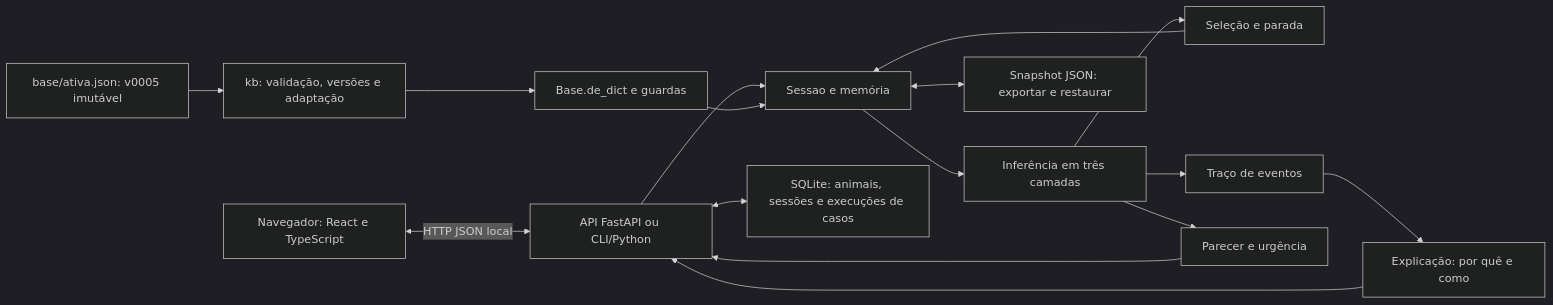
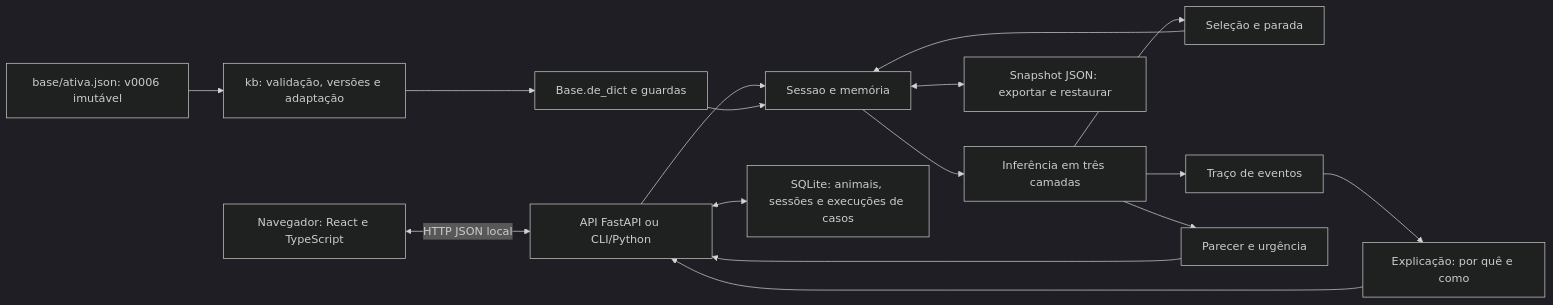
Before and after one commit to Caio-Augusto-Paiva/HackAthon: the diagram in docs/entrega/02-arquitetura.md, drawn with Mermaid (dark theme). The commit also changed other lines of this file and 43 other files, not shown here.

````diff
--- a/docs/entrega/02-arquitetura.md
+++ b/docs/entrega/02-arquitetura.md
@@ -7,18 +7,18 @@
 ```mermaid
 flowchart LR
     W[Navegador: React e TypeScript] <-->|HTTP JSON local| C
-    J[base/ativa.json: v0005 imutável] --> K[kb: validação, versões e adaptação]
+    J[base/ativa.json: v0006 imutável] --> K[kb: validação, versões e adaptação]
     K --> V[Base.de_dict e guardas]
     C[API FastAPI ou CLI/Python] --> S[Sessao e memória]
     V --> S
     S --> I[Inferência em três camadas]
     I --> Q[Seleção e parada]
     Q --> S
     I --> T[Traço de eventos]
     T --> E[Explicação: por quê e como]
     I --> P[Parecer e urgência]
     E --> C
     P --> C
     S <--> R[Snapshot JSON: exportar e restaurar]
     C <--> D[SQLite: animais, sessões e execuções de casos]
 ```
````
